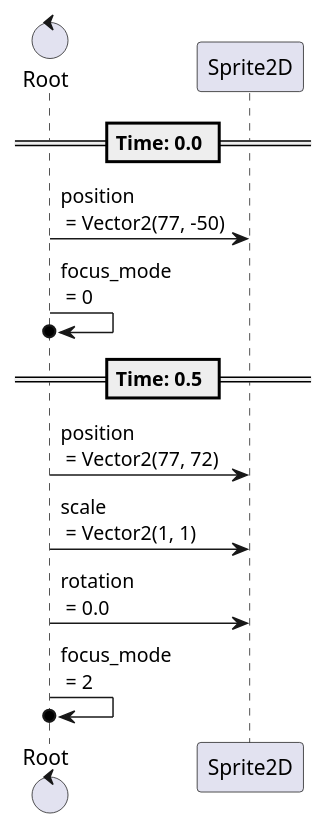
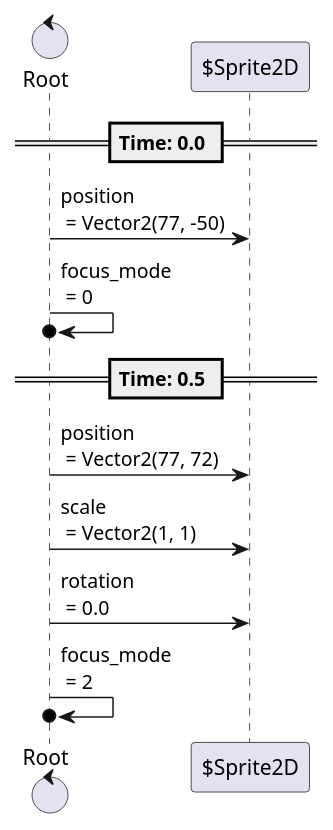
Before and after one commit to tkmfujise/Platformer-Game-Learning: the fourth of 6 diagrams in content/scenes/src/beginning/chapters/chapter/chapter.tscn.adoc, drawn with PlantUML. The commit also changed other lines of this file and 31 other files, not shown here.

Commit message:
Add prefix $ to node name in animation sequences

```diff
--- a/content/scenes/src/beginning/chapters/chapter/chapter.tscn.adoc
+++ b/content/scenes/src/beginning/chapters/chapter/chapter.tscn.adoc
@@ -98,18 +98,18 @@
 [plantuml]
 ....
-control "Root" as Root
-participant "Sprite2D" as T0
+control "Root" as R
+participant "$Sprite2D" as T0
 
 
 
 == Time: 0.0 ==
-Root  ->  T0 : position\n = Vector2(77, -50)
-Root  ->o  Root : focus_mode\n = 0
+R  ->  T0 : position\n = Vector2(77, -50)
+R  ->o  R : focus_mode\n = 0
 == Time: 0.5 ==
-Root  ->  T0 : position\n = Vector2(77, 72)
-Root  ->  T0 : scale\n = Vector2(1, 1)
-Root  ->  T0 : rotation\n = 0.0
-Root  ->o  Root : focus_mode\n = 2
+R  ->  T0 : position\n = Vector2(77, 72)
+R  ->  T0 : scale\n = Vector2(1, 1)
+R  ->  T0 : rotation\n = 0.0
+R  ->o  R : focus_mode\n = 2
 
 
 ....
```
